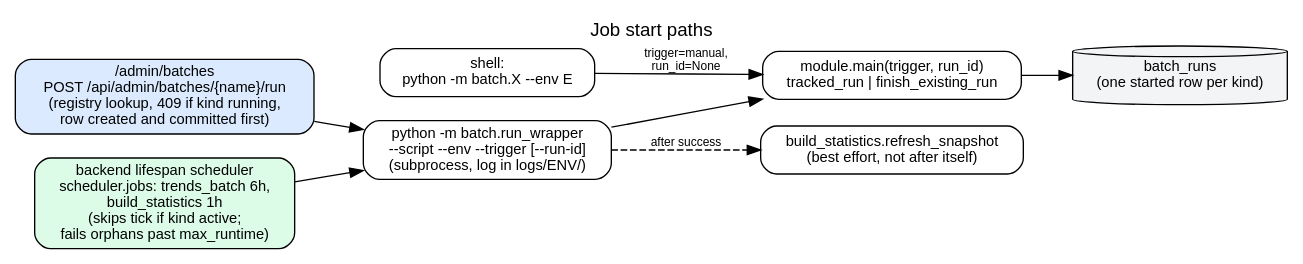
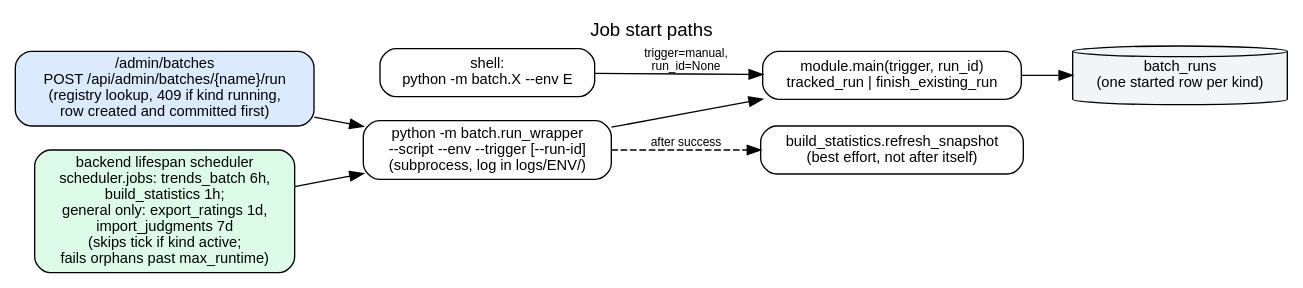
One commit to wtain/memes changed the diagram in docs/batches/diagrams/job-start-paths.dot. Above: the diagram before and after it, drawn with Graphviz. The commit also changed 16 other files, not shown here.

First line of the commit message:
docs: batch inventory, execution model, diagrams, ratings use case, privacy wording and the admin-only inventory

```diff
--- a/docs/batches/diagrams/job-start-paths.dot
+++ b/docs/batches/diagrams/job-start-paths.dot
@@ -1,21 +1,21 @@
 // How a job gets started and what happens around it.
 digraph start_paths {
   rankdir=LR; fontname="Helvetica"; labelloc=t;
   label="Job start paths";
   node [fontname="Helvetica" fontsize=11 shape=box style="rounded,filled" fillcolor="#ffffff"];
   edge [fontname="Helvetica" fontsize=9];
 
   cli [label="shell:\npython -m batch.X --env E"];
   adm [label="/admin/batches\nPOST /api/admin/batches/{name}/run\n(registry lookup, 409 if kind running,\nrow created and committed first)" fillcolor="#dbeafe"];
-  sch [label="backend lifespan scheduler\nscheduler.jobs: trends_batch 6h,\nbuild_statistics 1h\n(skips tick if kind active;\nfails orphans past max_runtime)" fillcolor="#dcfce7"];
+  sch [label="backend lifespan scheduler\nscheduler.jobs: trends_batch 6h,\nbuild_statistics 1h;\ngeneral only: export_ratings 1d,\nimport_judgments 7d\n(skips tick if kind active;\nfails orphans past max_runtime)" fillcolor="#dcfce7"];
   wrap [label="python -m batch.run_wrapper\n--script --env --trigger [--run-id]\n(subprocess, log in logs/ENV/)"];
   main [label="module.main(trigger, run_id)\ntracked_run | finish_existing_run"];
   rows [shape=cylinder fillcolor="#f3f4f6" label="batch_runs\n(one started row per kind)"];
   stat [label="build_statistics.refresh_snapshot\n(best effort, not after itself)"];
 
   cli -> main [label="trigger=manual,\nrun_id=None"];
   adm -> wrap; sch -> wrap;
   wrap -> main;
   main -> rows;
   wrap -> stat [style=dashed label="after success"];
 }
```
